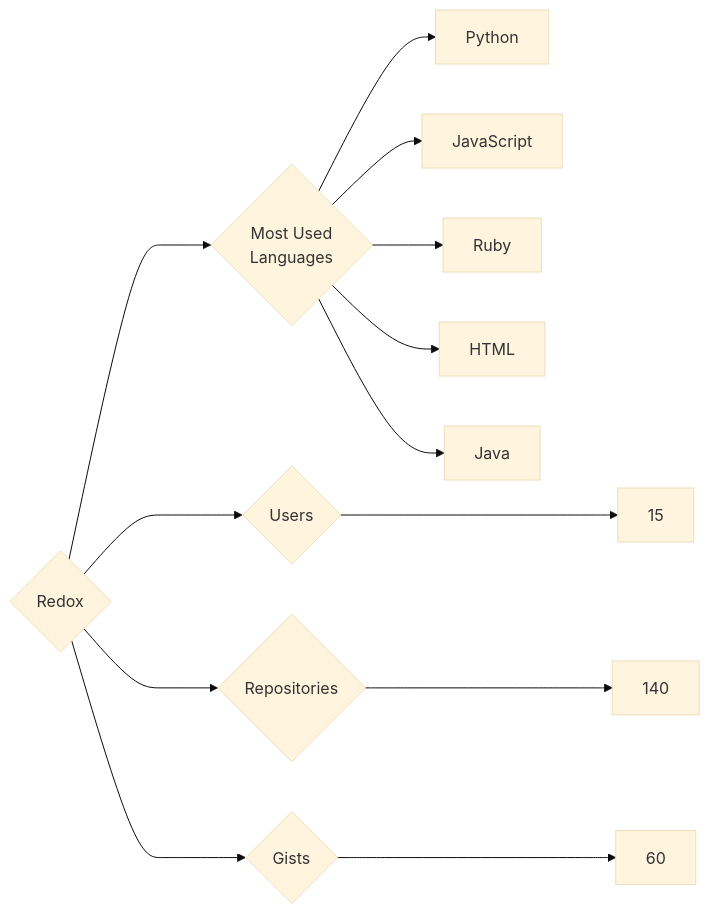
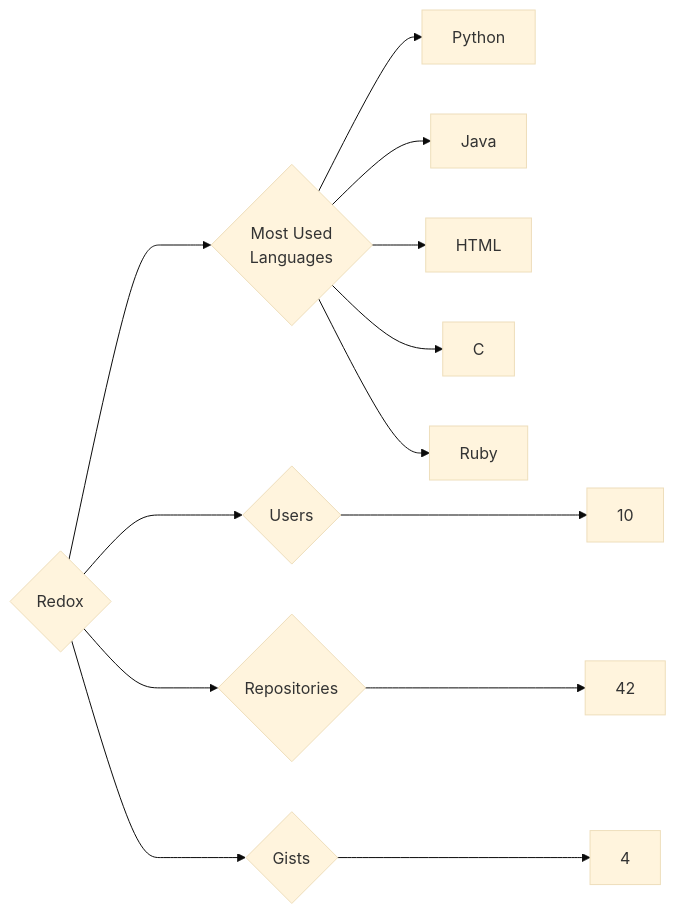
Before and after one commit to trickest/insiders: the diagram in targets/Redox/README.md, drawn with Mermaid (base theme). The commit also changed 955 other files, not shown here.

````diff
--- a/targets/Redox/README.md
+++ b/targets/Redox/README.md
@@ -3,13 +3,13 @@
 ```mermaid
 graph LR
 COMPANY_NAME{Redox}
-COMPANY_NAME ---> U{Users} ---> UN[15]
-COMPANY_NAME ---> R{Repositories} ---> RN[140]
-COMPANY_NAME ---> G{Gists} ---> GN[60]
+COMPANY_NAME ---> U{Users} ---> UN[10]
+COMPANY_NAME ---> R{Repositories} ---> RN[42]
+COMPANY_NAME ---> G{Gists} ---> GN[4]
 COMPANY_NAME ---> ML{Most Used<br>Languages}
 ML --> Python[Python]
-ML --> JavaScript[JavaScript]
+ML --> Java[Java]
+ML --> HTML[HTML]
+ML --> C[C]
 ML --> Ruby[Ruby]
-ML --> HTML[HTML]
-ML --> Java[Java]
 ```
````
